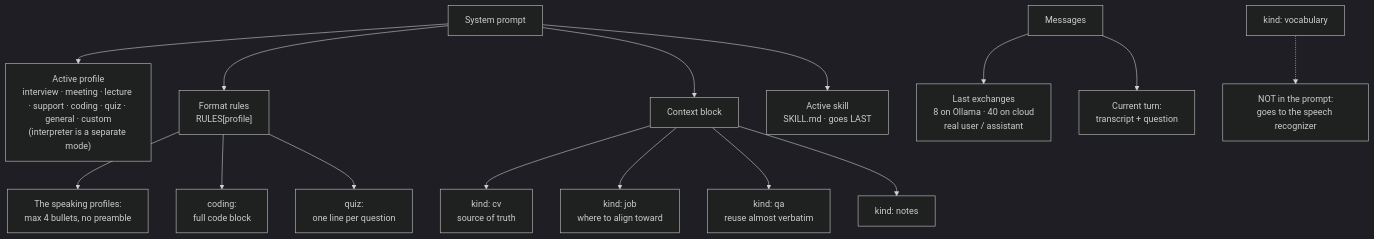
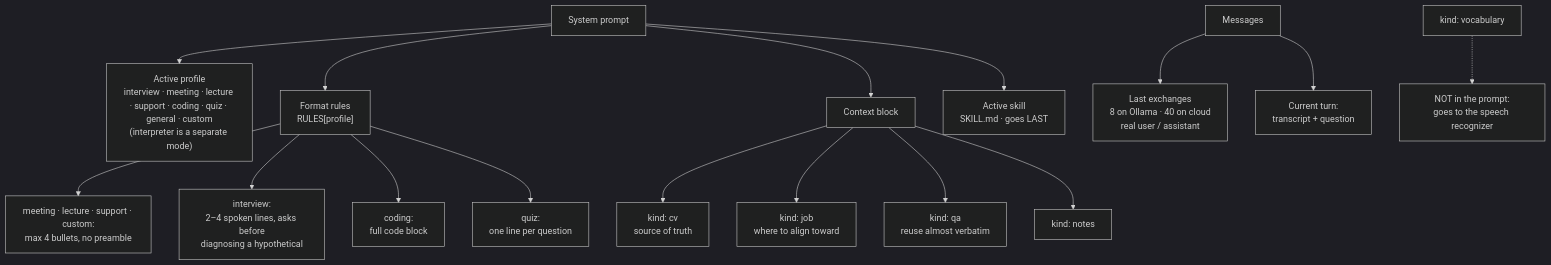
One commit to cflarios/Tayori changed the fifth of 7 diagrams in ARCHITECTURE.md. Above: the diagram before and after it, drawn with Mermaid (dark theme). The commit also changed other lines of this file and 7 other files, not shown here.

First line of the commit message:
feat(prompt): conversational interview profile with its own spoken format

````diff
--- a/ARCHITECTURE.md
+++ b/ARCHITECTURE.md
@@ -232,22 +232,23 @@
 ```mermaid
 flowchart TB
     SYS["System prompt"]
     SYS --> P["Active profile<br/>interview · meeting · lecture · support · coding · quiz · general · custom<br/>(interpreter is a separate mode)"]
     SYS --> R["Format rules<br/>RULES[profile]"]
-    R --> RA["The speaking profiles:<br/>max 4 bullets, no preamble"]
+    R --> RA["meeting · lecture · support · custom:<br/>max 4 bullets, no preamble"]
+    R --> RI["interview:<br/>2–4 spoken lines, asks before<br/>diagnosing a hypothetical"]
     R --> RB["coding:<br/>full code block"]
     R --> RC["quiz:<br/>one line per question"]
     SYS --> CTX["Context block"]
 
     CTX --> CV["kind: cv<br/>source of truth"]
     CTX --> JOB["kind: job<br/>where to align toward"]
     CTX --> QA["kind: qa<br/>reuse almost verbatim"]
     CTX --> NOTES["kind: notes"]
 
     SYS --> SKILL["Active skill<br/>SKILL.md · goes LAST"]
 
     MSG["Messages"] --> HIST["Last exchanges<br/>8 on Ollama · 40 on cloud<br/>real user / assistant"]
     MSG --> NOW["Current turn:<br/>transcript + question"]
 
     VOC["kind: vocabulary"] -.-> ASR["NOT in the prompt:<br/>goes to the speech recognizer"]
 ```
````
